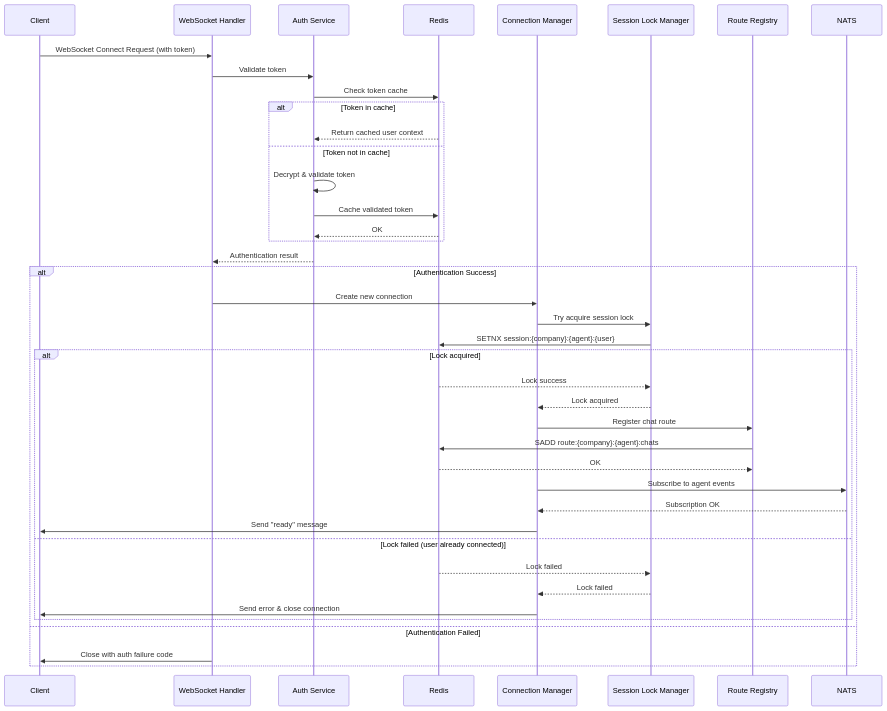
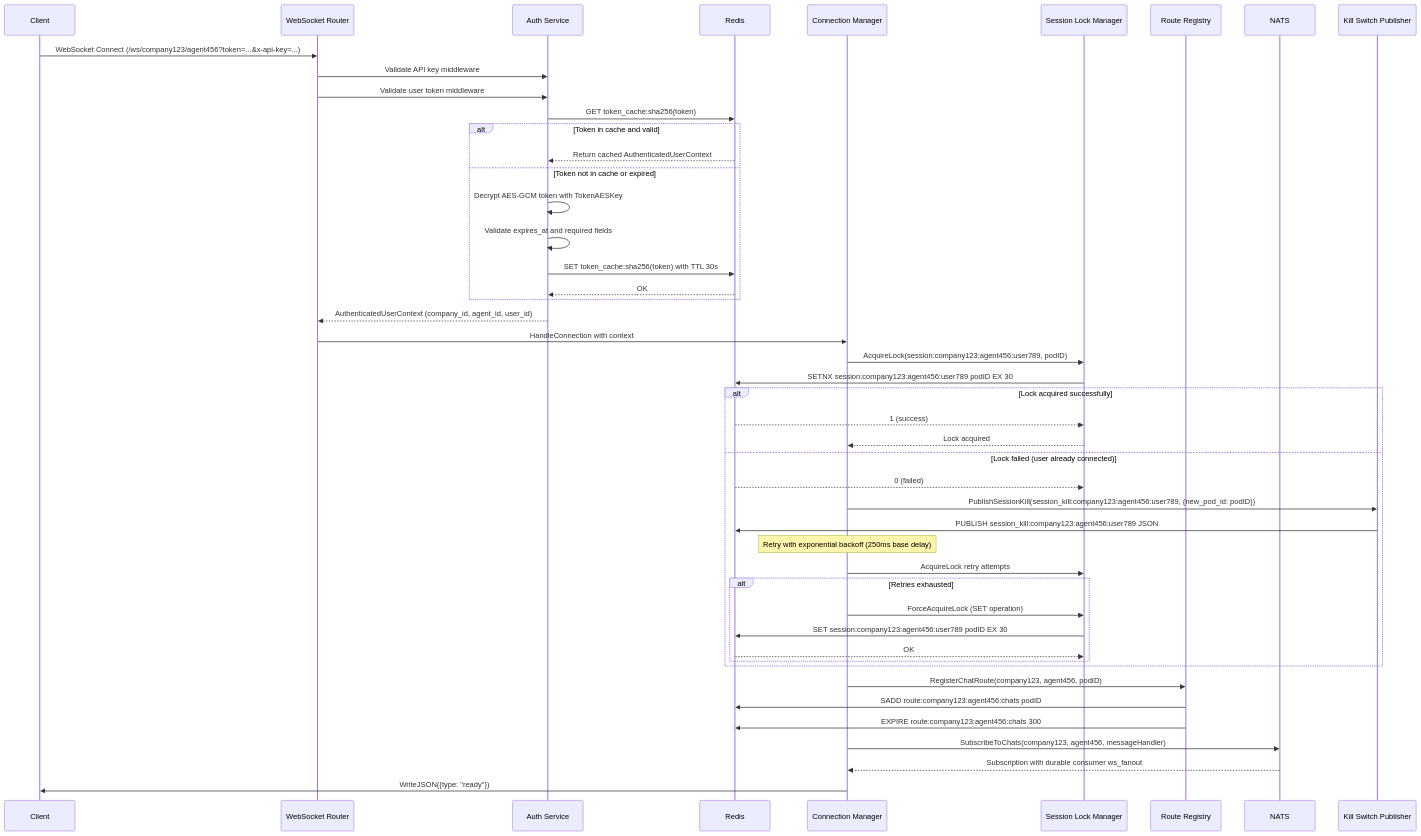
One commit to ridhomain/dws changed the second of 4 diagrams in docs/system_architecture.md. Above: the diagram before and after it, drawn with Mermaid. The commit also changed other lines of this file and 2 other files, not shown here.

````diff
--- a/docs/system_architecture.md
+++ b/docs/system_architecture.md
@@ -147,48 +184,59 @@
 ```mermaid
 sequenceDiagram
     participant Client
-    participant WS as WebSocket Handler
+    participant Router as WebSocket Router
     participant Auth as Auth Service
     participant Redis
     participant ConnMgr as Connection Manager
     participant SessionLock as Session Lock Manager
     participant RouteReg as Route Registry
     participant NATS
+    participant KillSwitch as Kill Switch Publisher
 
-    Client->>WS: WebSocket Connect Request (with token)
-    WS->>Auth: Validate token
-    Auth->>Redis: Check token cache
+    Client->>Router: WebSocket Connect (/ws/company123/agent456?token=...&x-api-key=...)
+    Router->>Auth: Validate API key middleware
+    Router->>Auth: Validate user token middleware
+    Auth->>Redis: GET token_cache:sha256(token)
     
-    alt Token in cache
-        Redis-->>Auth: Return cached user context
-    else Token not in cache
-        Auth->>Auth: Decrypt & validate token
-        Auth->>Redis: Cache validated token
+    alt Token in cache and valid
+        Redis-->>Auth: Return cached AuthenticatedUserContext
+    else Token not in cache or expired
+        Auth->>Auth: Decrypt AES-GCM token with TokenAESKey
+        Auth->>Auth: Validate expires_at and required fields
+        Auth->>Redis: SET token_cache:sha256(token) with TTL 30s
         Redis-->>Auth: OK
     end
     
-    Auth-->>WS: Authentication result
+    Auth-->>Router: AuthenticatedUserContext (company_id, agent_id, user_id)
+    Router->>ConnMgr: HandleConnection with context
     
-    alt Authentication Success
-        WS->>ConnMgr: Create new connection
-        ConnMgr->>SessionLock: Try acquire session lock
-        SessionLock->>Redis: SETNX session:{company}:{agent}:{user}
+    ConnMgr->>SessionLock: AcquireLock(session:company123:agent456:user789, podID)
+    SessionLock->>Redis: SETNX session:company123:agent456:user789 podID EX 30
+    
+    alt Lock acquired successfully
+        Redis-->>SessionLock: 1 (success)
+        SessionLock-->>ConnMgr: Lock acquired
+    else Lock failed (user already connected)
+        Redis-->>SessionLock: 0 (failed)
+        ConnMgr->>KillSwitch: PublishSessionKill(session_kill:company123:agent456:user789, {new_pod_id: podID})
+        KillSwitch->>Redis: PUBLISH session_kill:company123:agent456:user789 JSON
         
-        alt Lock acquired
-            Redis-->>SessionLock: Lock success
-            SessionLock-->>ConnMgr: Lock acquired
-            ConnMgr->>RouteReg: Register chat route
-            RouteReg->>Redis: SADD route:{company}:{agent}:chats
-            Redis-->>RouteReg: OK
-            ConnMgr->>NATS: Subscribe to agent events
-            NATS-->>ConnMgr: Subscription OK
-            ConnMgr->>Client: Send "ready" message
-        else Lock failed (user already connected)
-            Redis-->>SessionLock: Lock failed
-            SessionLock-->>ConnMgr: Lock failed
-            ConnMgr->>Client: Send error & close connection
+        Note over ConnMgr: Retry with exponential backoff (250ms base delay)
+        ConnMgr->>SessionLock: AcquireLock retry attempts
+        
+        alt Retries exhausted
+            ConnMgr->>SessionLock: ForceAcquireLock (SET operation)
+            SessionLock->>Redis: SET session:company123:agent456:user789 podID EX 30
+            Redis-->>SessionLock: OK
         end
-    else Authentication Failed
-        WS->>Client: Close with auth failure code
     end
+    
+    ConnMgr->>RouteReg: RegisterChatRoute(company123, agent456, podID)
+    RouteReg->>Redis: SADD route:company123:agent456:chats podID
+    RouteReg->>Redis: EXPIRE route:company123:agent456:chats 300
+    
+    ConnMgr->>NATS: SubscribeToChats(company123, agent456, messageHandler)
+    NATS-->>ConnMgr: Subscription with durable consumer ws_fanout
+    
+    ConnMgr->>Client: WriteJSON({type: "ready"})
 ```
````
